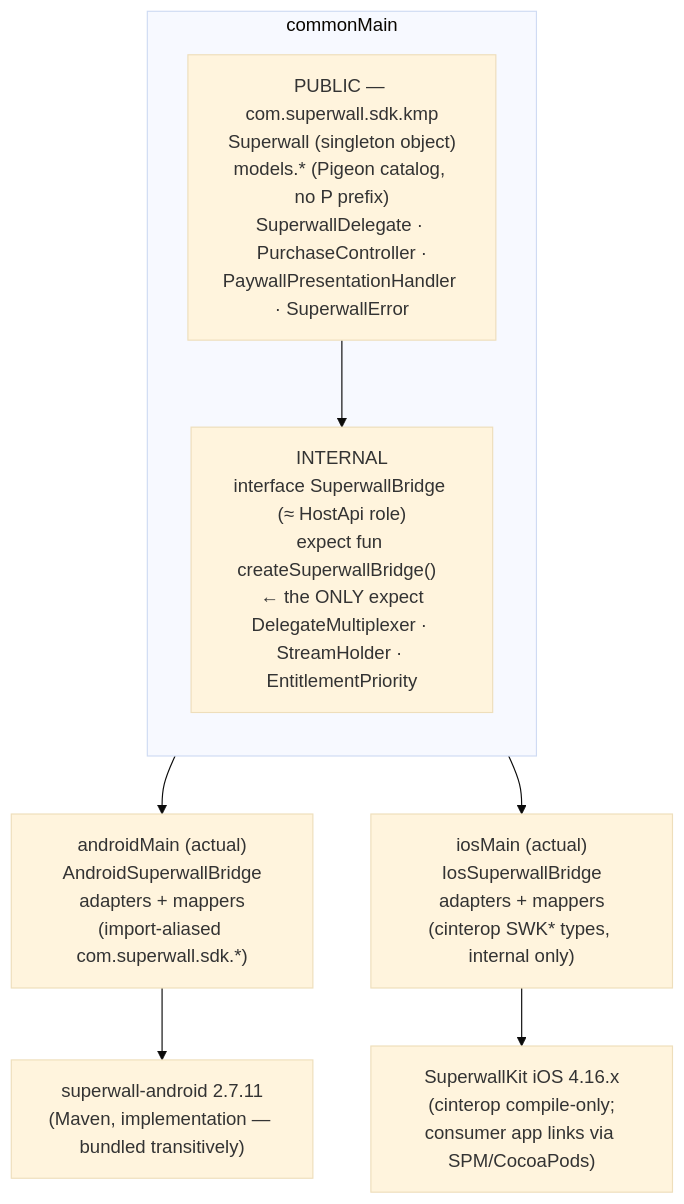
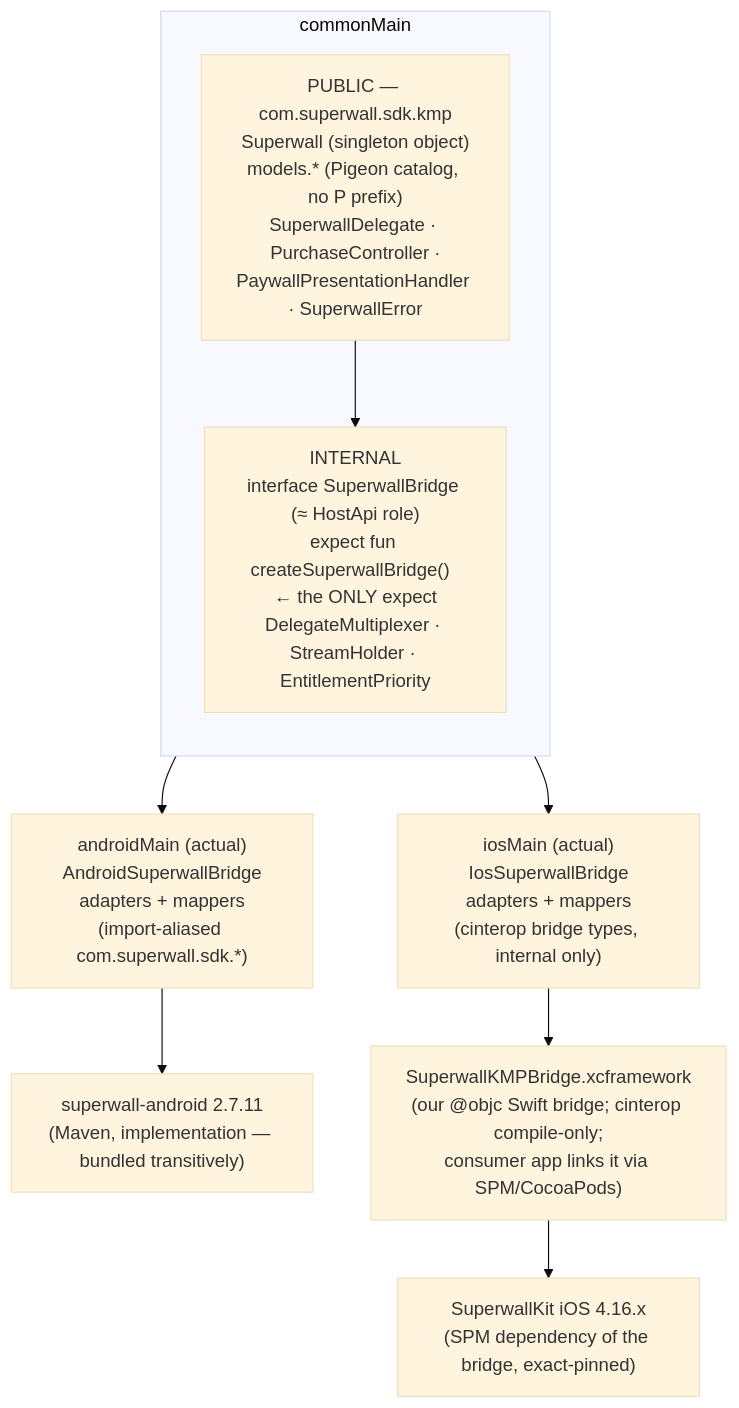
The diagram in docs/IMPLEMENTATION_PLAN.md (superwall/Superwall-KMP), drawn with Mermaid (base theme) before and after one commit. The commit also changed other lines of this file, not shown here.

First line of the commit message:
Revise iOS strategy: self-authored @objc Swift bridge, prebuilt XCFramework

````diff
--- a/docs/IMPLEMENTATION_PLAN.md
+++ b/docs/IMPLEMENTATION_PLAN.md
@@ -37,13 +41,14 @@
 ```mermaid
 flowchart TB
     subgraph common["commonMain"]
         direction TB
         PUB["PUBLIC — com.superwall.sdk.kmp<br/>Superwall (singleton object)<br/>models.* (Pigeon catalog, no P prefix)<br/>SuperwallDelegate · PurchaseController ·<br/>PaywallPresentationHandler · SuperwallError"]
         INT["INTERNAL<br/>interface SuperwallBridge (≈ HostApi role)<br/>expect fun createSuperwallBridge()  ← the ONLY expect<br/>DelegateMultiplexer · StreamHolder · EntitlementPriority"]
         PUB --> INT
     end
     INT --> A["androidMain (actual)<br/>AndroidSuperwallBridge<br/>adapters + mappers<br/>(import-aliased com.superwall.sdk.*)"]
-    INT --> I["iosMain (actual)<br/>IosSuperwallBridge<br/>adapters + mappers<br/>(cinterop SWK* types, internal only)"]
+    INT --> I["iosMain (actual)<br/>IosSuperwallBridge<br/>adapters + mappers<br/>(cinterop bridge types, internal only)"]
     A --> NA["superwall-android 2.7.11<br/>(Maven, implementation — bundled transitively)"]
-    I --> NI["SuperwallKit iOS 4.16.x<br/>(cinterop compile-only;<br/>consumer app links via SPM/CocoaPods)"]
+    I --> NI["SuperwallKMPBridge.xcframework<br/>(our @objc Swift bridge; cinterop compile-only;<br/>consumer app links it via SPM/CocoaPods)"]
+    NI --> SWK["SuperwallKit iOS 4.16.x<br/>(SPM dependency of the bridge, exact-pinned)"]
 ```
````
